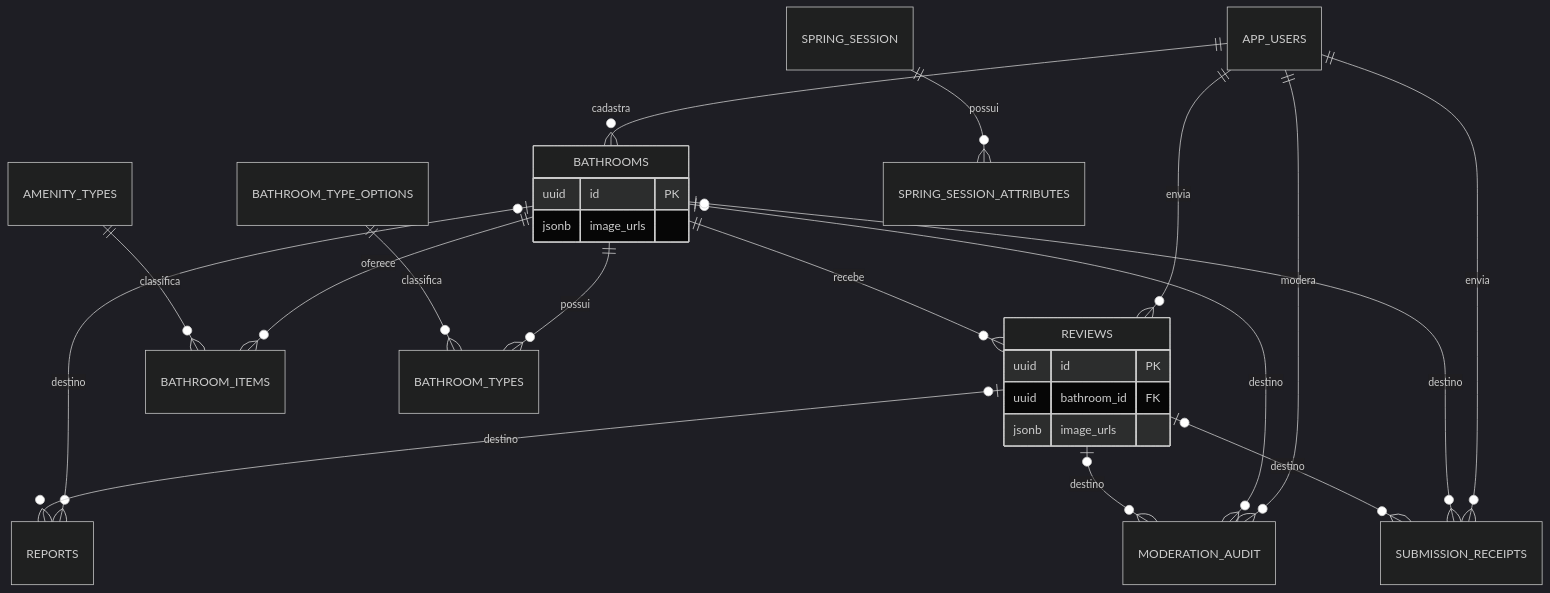
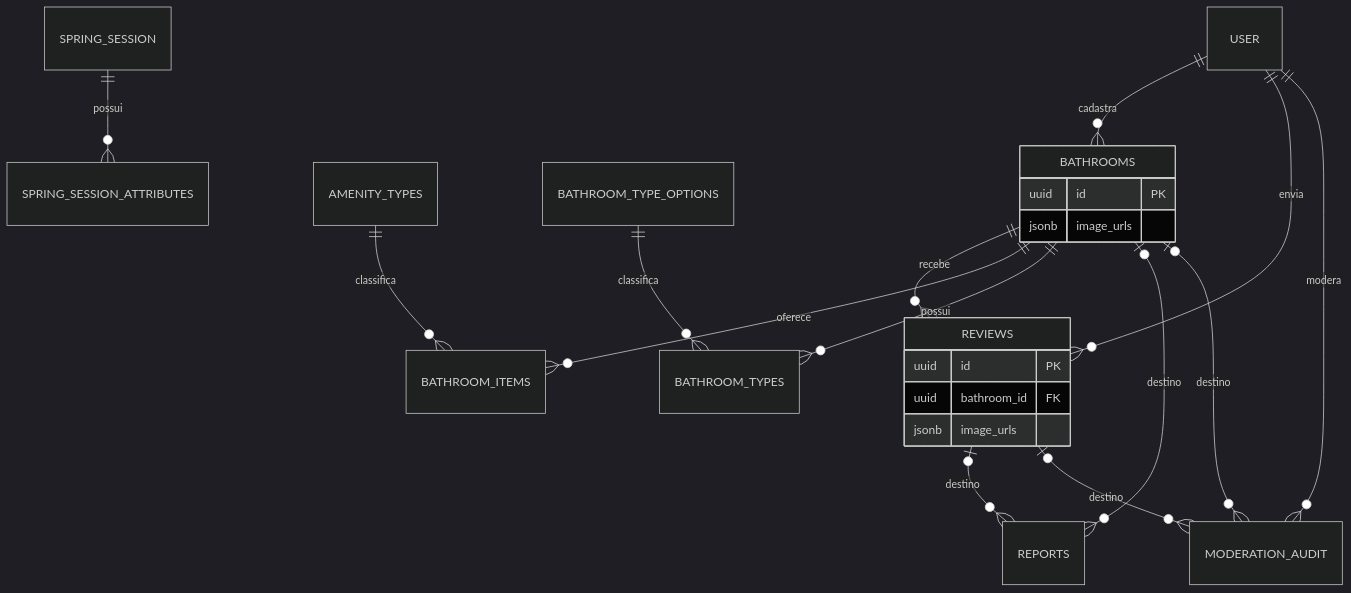
The diagram in database/relations.mmd (CRyanAlves/KHKI), drawn with Mermaid (dark theme) before and after one commit. The commit also changed 24 other files, not shown here.

```diff
--- a/database/relations.mmd
+++ b/database/relations.mmd
@@ -1,26 +1,23 @@
 erDiagram
-  APP_USERS ||--o{ BATHROOMS : cadastra
-  APP_USERS ||--o{ REVIEWS : envia
-  APP_USERS ||--o{ MODERATION_AUDIT : modera
+  USER ||--o{ BATHROOMS : cadastra
+  USER ||--o{ REVIEWS : envia
+  USER ||--o{ MODERATION_AUDIT : modera
   BATHROOMS ||--o{ REVIEWS : recebe
   BATHROOMS ||--o{ BATHROOM_ITEMS : oferece
   AMENITY_TYPES ||--o{ BATHROOM_ITEMS : classifica
   BATHROOMS ||--o{ BATHROOM_TYPES : possui
   BATHROOM_TYPE_OPTIONS ||--o{ BATHROOM_TYPES : classifica
   BATHROOMS o|--o{ REPORTS : destino
   REVIEWS o|--o{ REPORTS : destino
   BATHROOMS o|--o{ MODERATION_AUDIT : destino
   REVIEWS o|--o{ MODERATION_AUDIT : destino
-  APP_USERS ||--o{ SUBMISSION_RECEIPTS : envia
-  BATHROOMS o|--o{ SUBMISSION_RECEIPTS : destino
-  REVIEWS o|--o{ SUBMISSION_RECEIPTS : destino
   SPRING_SESSION ||--o{ SPRING_SESSION_ATTRIBUTES : possui
   BATHROOMS {
     uuid id PK
     jsonb image_urls
   }
   REVIEWS {
     uuid id PK
     uuid bathroom_id FK
     jsonb image_urls
   }
```
